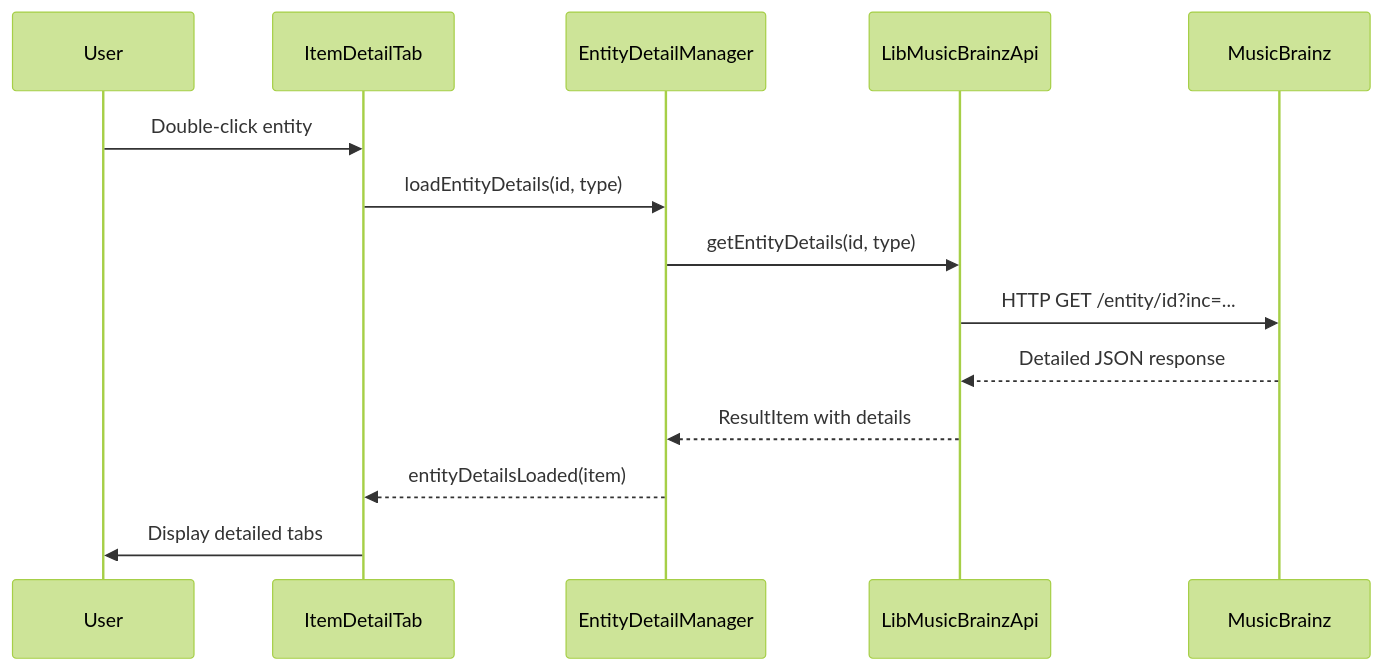
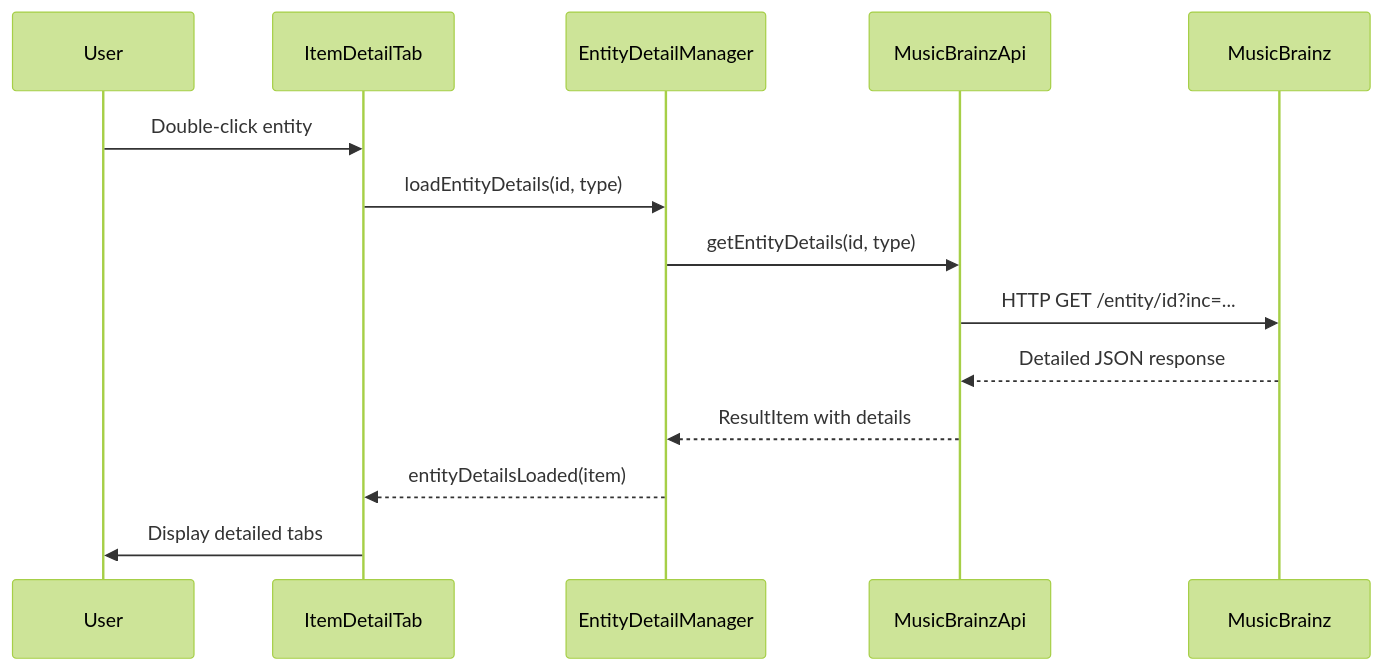
The second of 2 diagrams in docs/ARCHITECTURE.md (MoeclubL/MusicBrainzQt), drawn with Mermaid (forest theme) before and after one commit. The commit also changed other lines of this file and 16 other files, not shown here.

````diff
--- a/docs/ARCHITECTURE.md
+++ b/docs/ARCHITECTURE.md
@@ -259,17 +259,17 @@
 ```mermaid
 sequenceDiagram
     participant U as User
     participant IDT as ItemDetailTab
     participant EDM as EntityDetailManager
-    participant API as LibMusicBrainzApi
+    participant API as MusicBrainzApi
     participant MB as MusicBrainz
     
     U->>IDT: Double-click entity
     IDT->>EDM: loadEntityDetails(id, type)
     EDM->>API: getEntityDetails(id, type)
     API->>MB: HTTP GET /entity/id?inc=...
     MB-->>API: Detailed JSON response
     API-->>EDM: ResultItem with details
     EDM-->>IDT: entityDetailsLoaded(item)
     IDT->>U: Display detailed tabs
 ```
````
